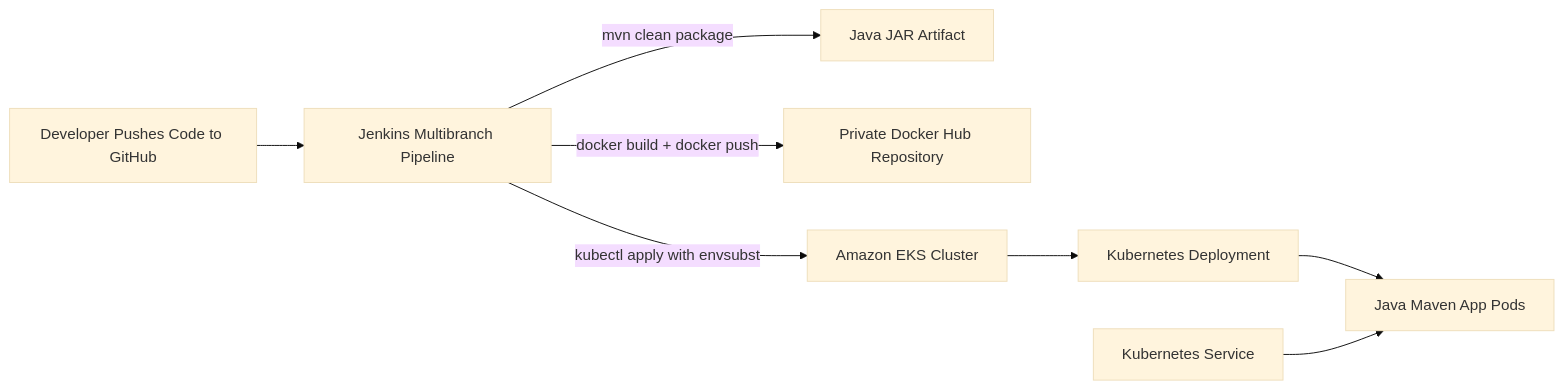
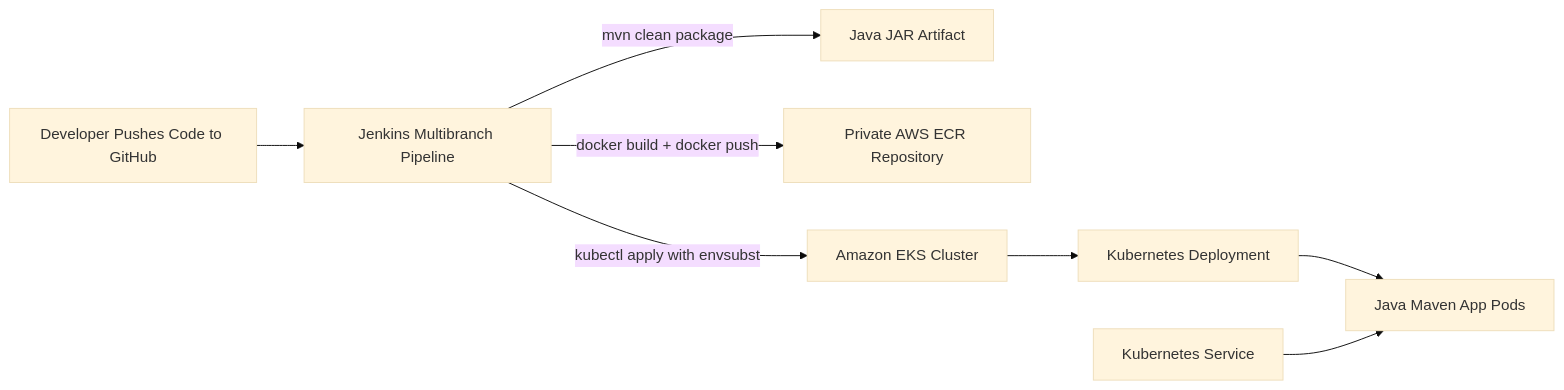
One commit to mustafa-saleh/kubernetes-aws-complete-ci-cd-pipeline-with-eks-and-aws-ecr changed the diagram in README.md. Above: the diagram before and after it, drawn with Mermaid (base theme). The commit also changed other lines of this file and 4 other files, not shown here.

Commit message:
Kubernetes on AWS - Complete CI/CD Pipeline with EKS and AWS ECR Registry

````diff
--- a/README.md
+++ b/README.md
@@ -77,10 +79,10 @@
 ```mermaid
 flowchart LR
     Dev[Developer Pushes Code to GitHub] --> Jenkins[Jenkins Multibranch Pipeline]
     Jenkins -->|mvn clean package| Artifact[Java JAR Artifact]
-    Jenkins -->|docker build + docker push| DockerHub[Private Docker Hub Repository]
+    Jenkins -->|docker build + docker push| ECR[Private AWS ECR Repository]
     Jenkins -->|kubectl apply with envsubst| EKS[Amazon EKS Cluster]
     EKS --> Deployment[Kubernetes Deployment]
     Deployment --> Pods[Java Maven App Pods]
     Service[Kubernetes Service] --> Pods
 ```
````
